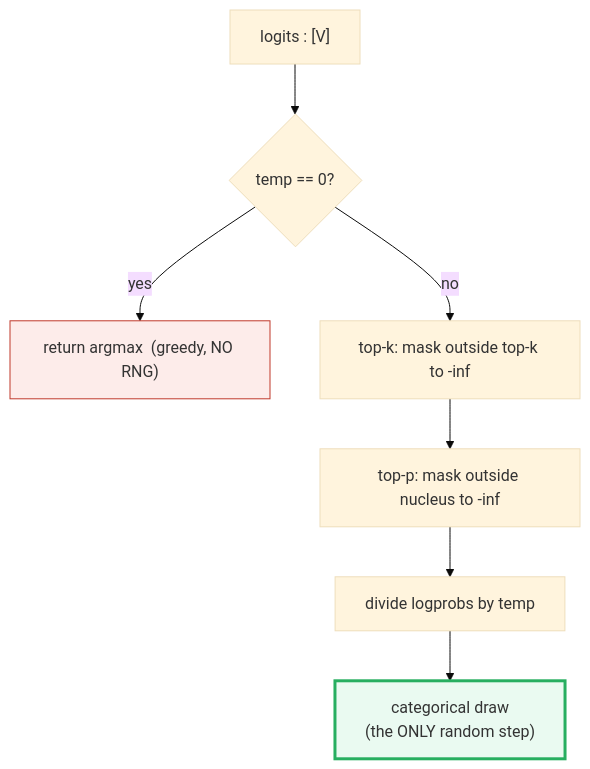
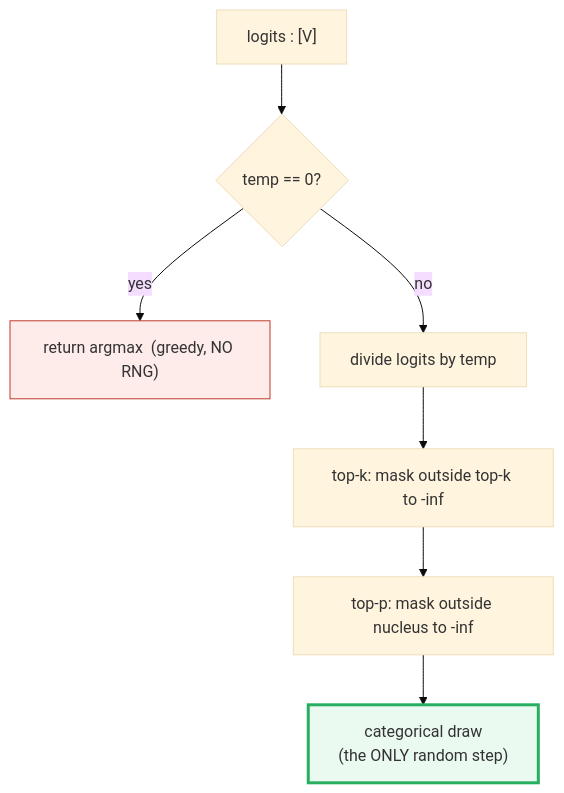
The seventh of 9 diagrams in llm/SAMPLING.md (quanhua92/tutorials), drawn with Mermaid (base theme) before and after one commit. The commit also changed other lines of this file and 6 other files, not shown here.

````diff
--- a/llm/SAMPLING.md
+++ b/llm/SAMPLING.md
@@ -425,11 +425,11 @@
 ```mermaid
 graph TD
     L["logits : [V]"] --> G{"temp == 0?"}
     G -->|yes| AR["return argmax  (greedy, NO RNG)"]
-    G -->|no| K["top-k: mask outside top-k to -inf"]
+    G -->|no| DT["divide logits by temp"]
+    DT --> K["top-k: mask outside top-k to -inf"]
     K --> P["top-p: mask outside nucleus to -inf"]
-    P --> DT["divide logprobs by temp"]
-    DT --> CAT["categorical draw<br/>(the ONLY random step)"]
+    P --> CAT["categorical draw<br/>(the ONLY random step)"]
     style AR fill:#fdecea,stroke:#c0392b
     style CAT fill:#eafaf1,stroke:#27ae60,stroke-width:3px
 ```
````
